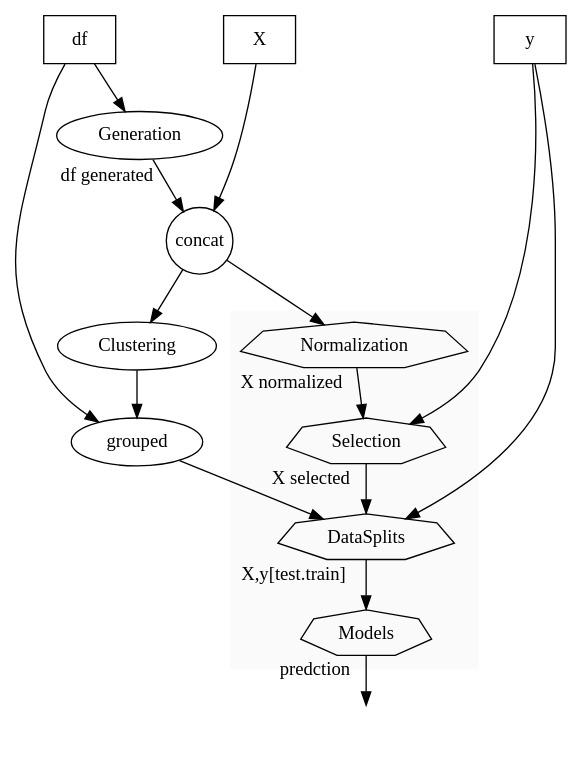
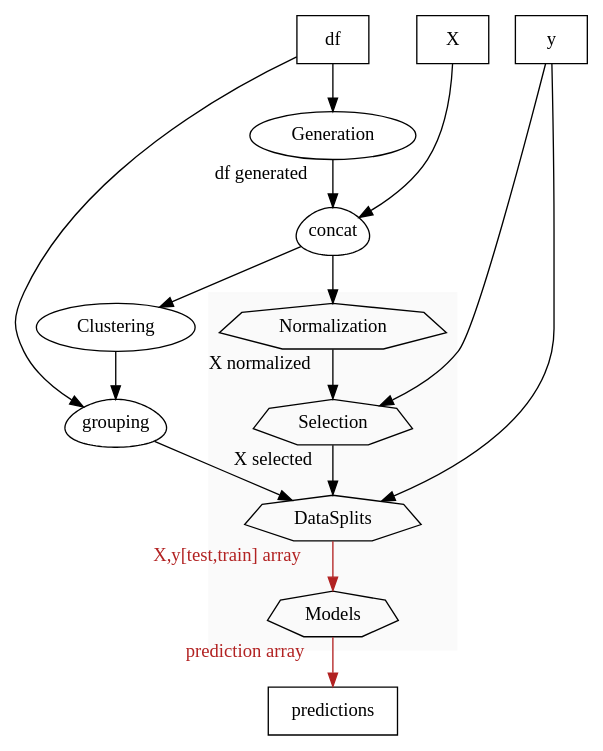
One commit to uw-cmg/MAST-ML changed the diagram in structure.dot. Above: the diagram before and after it, drawn with Graphviz.

Commit message:
mmmm graphviz DONE

```diff
--- a/structure.dot
+++ b/structure.dot
@@ -1,42 +1,47 @@
 digraph graphname {
 
+concat [shape=egg width=0.7 margin=0 group=g1]
+Generation [group=g1]
+df [shape=box group=g1]
 subgraph cluster0 {
     style=filled;
     color=grey98;
-    Normalization [shape=septagon]
-    Selection [shape=septagon]
-    DataSplits [shape=septagon]
-    Models [shape=septagon]
+    Normalization [shape=septagon group=g1]
+    Selection [shape=septagon group=g1]
+    DataSplits [shape=septagon group=g1]
+    Models [shape=septagon group=g1]
 }
 //{rank = same; Normalization; Selection; DataSplits; Models;}
 
 X [shape=box]
 y [shape=box]
-df [shape=box]
 {rank = same; X; y; df;}
 
 grouped [overlap=true]
 
 df -> Generation
 df -> grouped
 X -> concat
 y -> Selection
 y -> DataSplits
 
-concat [label="concat" shape=circle width=0.7 margin=0 ]
-Generation -> concat [xlabel="df generated"]
+grouped [label="grouping" shape=egg width=0.8 margin=0 ]
+
+Generation -> concat [xlabel="df generated  " ]
 concat -> Clustering
 concat -> Normalization
-Normalization -> Selection [xlabel="     X normalized"]
-Selection -> DataSplits [xlabel="     X selected"]
+Normalization -> Selection [xlabel="X normalized  ",]
+Selection -> DataSplits [xlabel="X selected  "]
 
 Clustering -> grouped
 grouped -> DataSplits 
 DataSplits [lhead=grouped]
 
-DataSplits -> Models [xlabel="     X,y[test.train]"]
+DataSplits -> Models [xlabel="X,y[test,train] array  " fontcolor=firebrick color=firebrick]
 
-Models -> Prediction [xlabel="     predction"]
-Prediction [style=invis]
+Models -> predictions [xlabel="prediction array  " fontcolor=firebrick color=firebrick]
+predictions [shape=box]
+
+
 
 }
```
